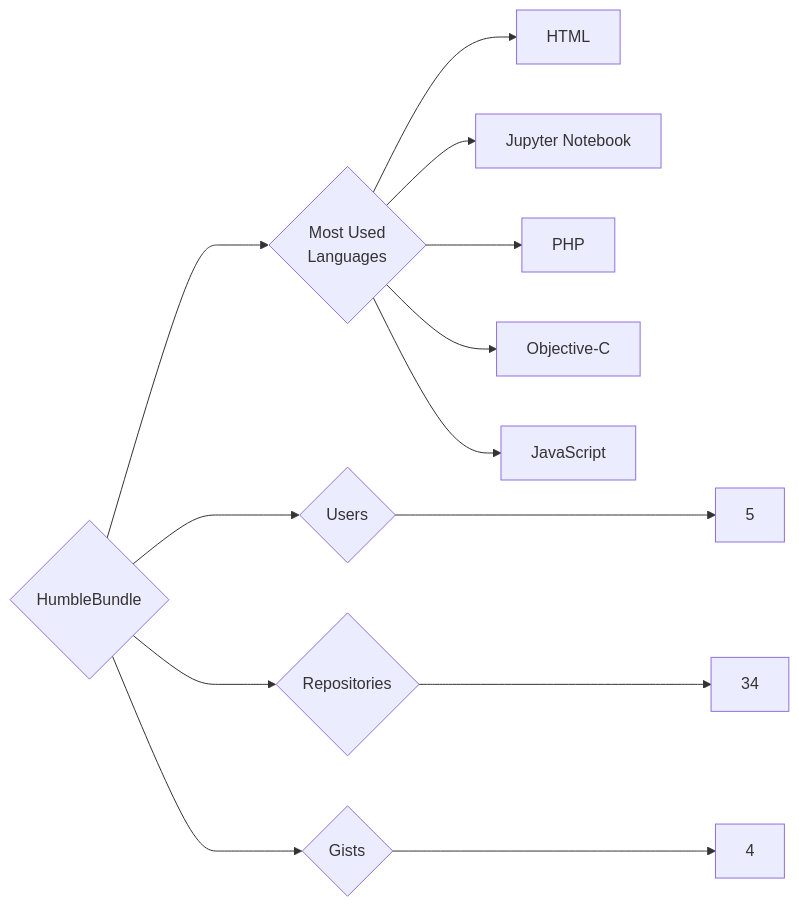
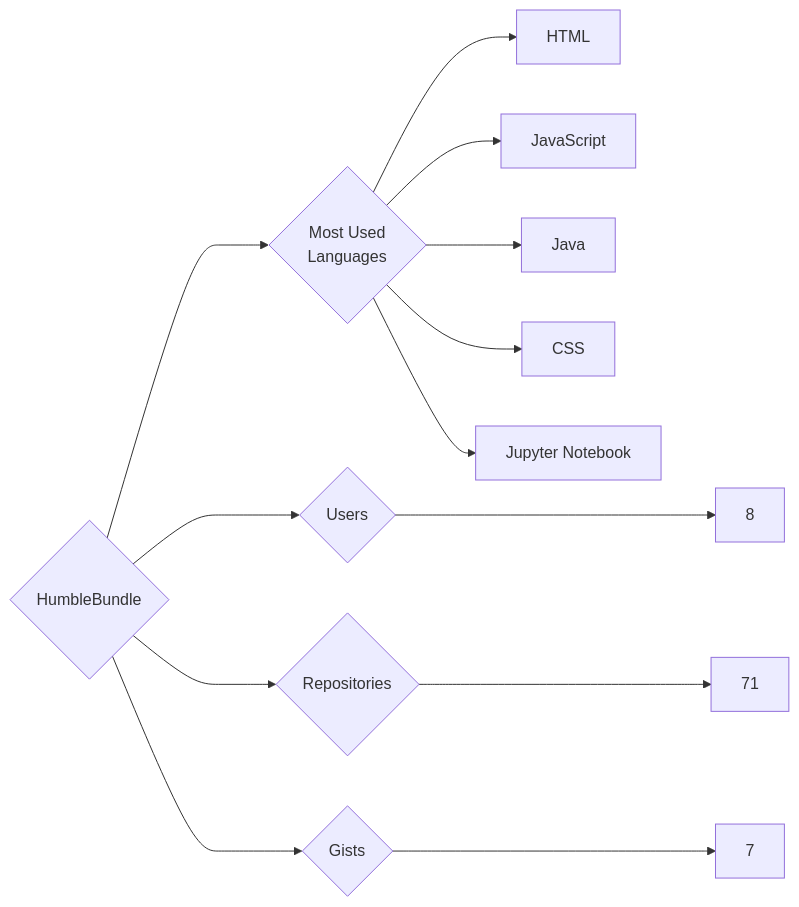
Before and after one commit to trickest/insiders: the diagram in targets/HumbleBundle/README.md, drawn with Mermaid. The commit also changed 857 other files, not shown here.

````diff
--- a/targets/HumbleBundle/README.md
+++ b/targets/HumbleBundle/README.md
@@ -3,13 +3,13 @@
 ```mermaid
 graph LR
 COMPANY_NAME{HumbleBundle}
-COMPANY_NAME ---> U{Users} ---> UN[5]
-COMPANY_NAME ---> R{Repositories} ---> RN[34]
-COMPANY_NAME ---> G{Gists} ---> GN[4]
+COMPANY_NAME ---> U{Users} ---> UN[8]
+COMPANY_NAME ---> R{Repositories} ---> RN[71]
+COMPANY_NAME ---> G{Gists} ---> GN[7]
 COMPANY_NAME ---> ML{Most Used<br>Languages}
 ML --> HTML[HTML]
+ML --> JavaScript[JavaScript]
+ML --> Java[Java]
+ML --> CSS[CSS]
 ML --> Jupyter_Notebook[Jupyter Notebook]
-ML --> PHP[PHP]
-ML --> Objective-C[Objective-C]
-ML --> JavaScript[JavaScript]
 ```
````
